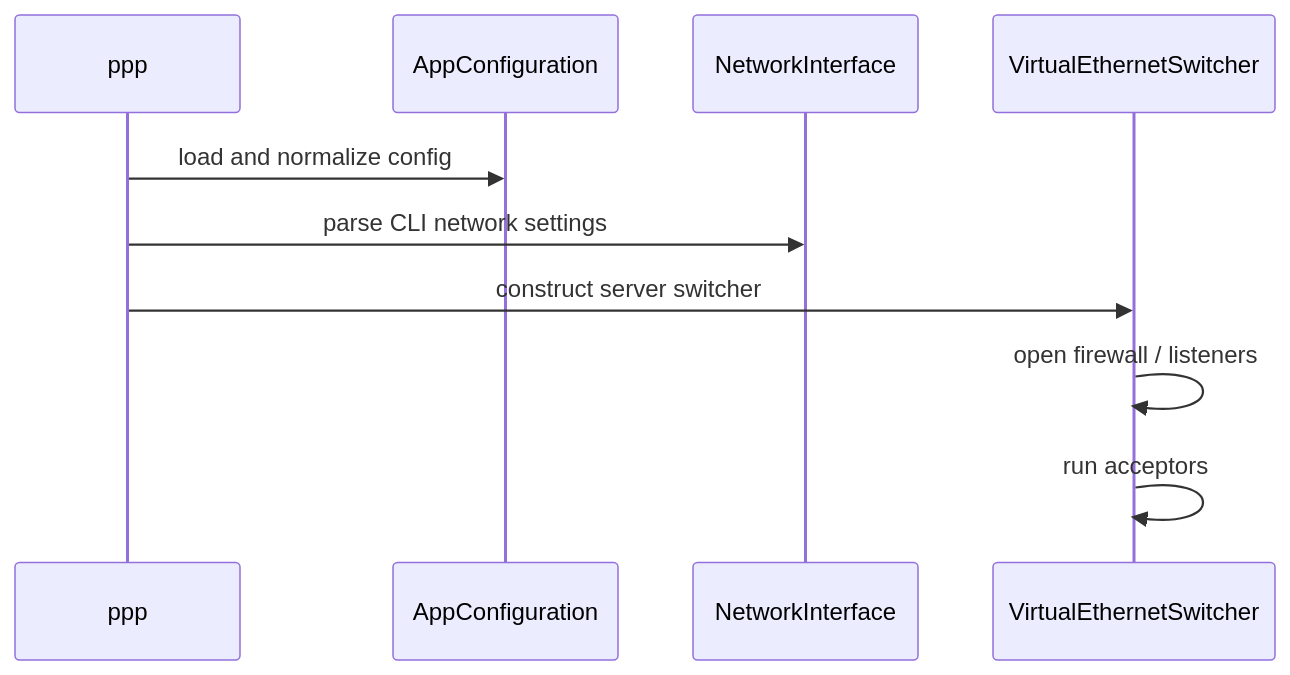
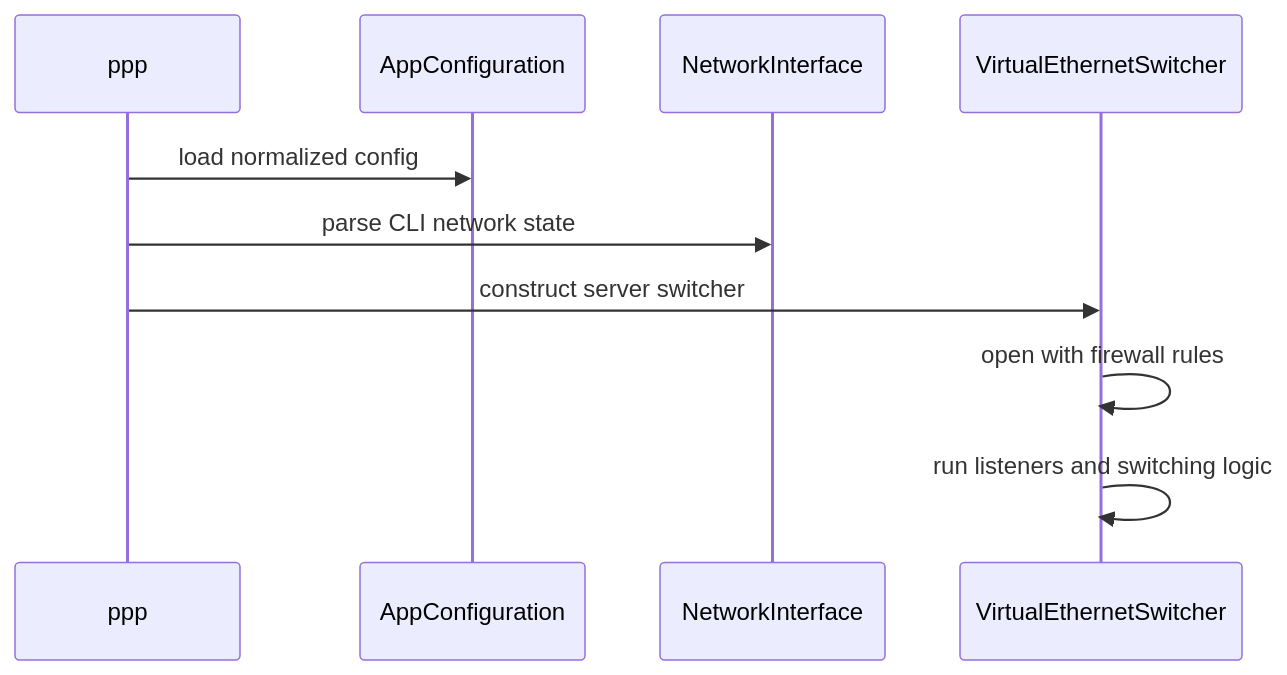
Before and after one commit to HyacinthHaru/openppp2: the third of 4 diagrams in docs/USER_MANUAL.md, drawn with Mermaid. The commit also changed other lines of this file and 4 other files, not shown here.

````diff
--- a/docs/USER_MANUAL.md
+++ b/docs/USER_MANUAL.md
@@ -65,12 +188,12 @@
 ```mermaid
 sequenceDiagram
     participant P as ppp
     participant C as AppConfiguration
     participant N as NetworkInterface
     participant S as VirtualEthernetSwitcher
-    P->>C: load and normalize config
-    P->>N: parse CLI network settings
+    P->>C: load normalized config
+    P->>N: parse CLI network state
     P->>S: construct server switcher
-    S->>S: open firewall / listeners
-    S->>S: run acceptors
+    S->>S: open with firewall rules
+    S->>S: run listeners and switching logic
 ```
````
